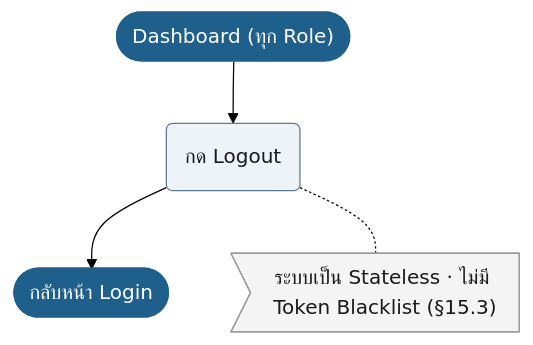
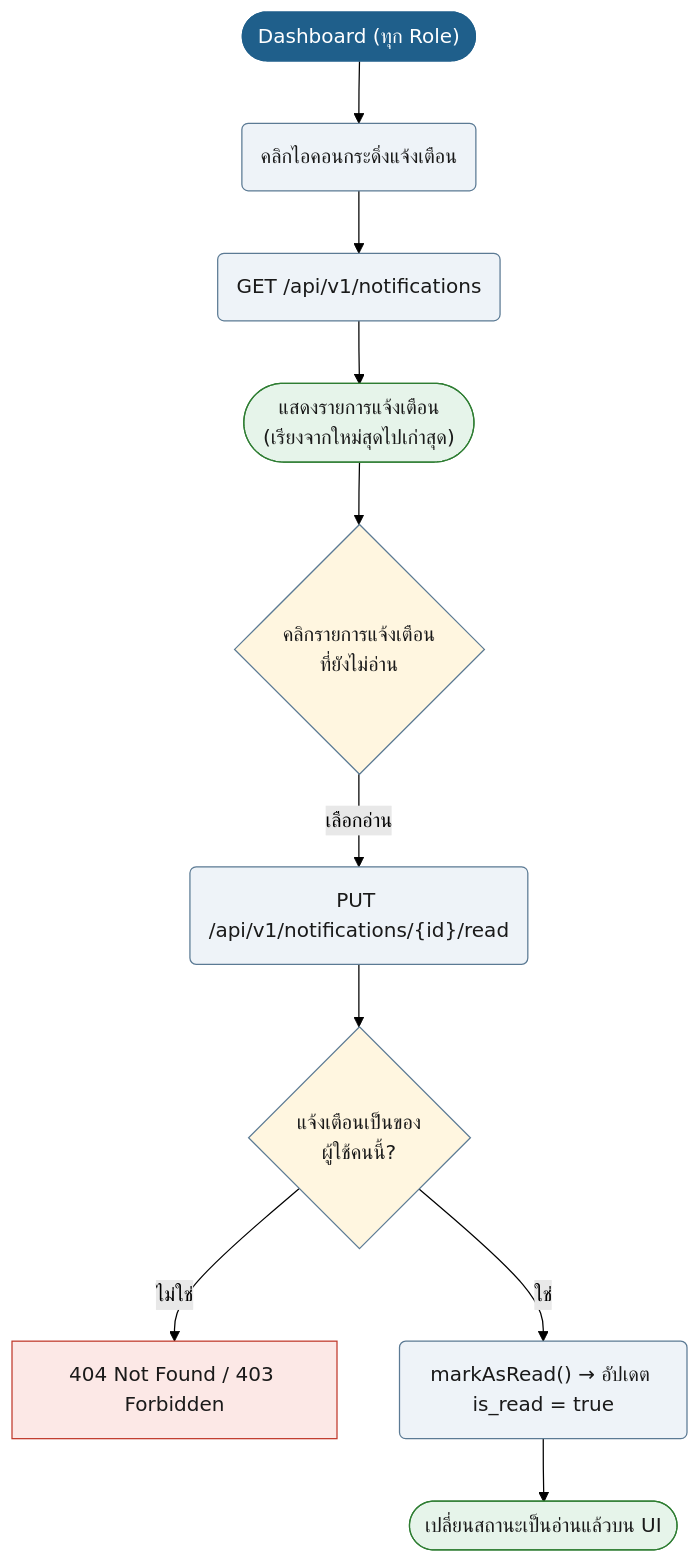
Before and after one commit to synthesixer/AcadOS: the second of 19 diagrams in doc/diagram/Userflow_diagram.md, drawn with Mermaid (forest theme). The commit also changed other lines of this file and 8 other files, not shown here.

````diff
--- a/doc/diagram/Userflow_diagram.md
+++ b/doc/diagram/Userflow_diagram.md
@@ -152,16 +108,27 @@
 ```mermaid
 flowchart TD
     n1(["Dashboard (ทุก Role)"]):::start
-    n2("กด Logout"):::act
-    n3(["กลับหน้า Login"]):::start
-    n1 --> n2
-    n2 --> n3
-    n4>"ระบบเป็น Stateless · ไม่มี Token Blacklist (§15.3)"]:::note
-    n2 -.- n4
+    n2("คลิกไอคอนกระดิ่งแจ้งเตือน"):::act
+    n3("GET /api/v1/notifications"):::act
+    n1 --> n2 --> n3
+    n4(["แสดงรายการแจ้งเตือน<br/>(เรียงจากใหม่สุดไปเก่าสุด)"]):::ok
+    n3 --> n4
+    n5{"คลิกรายการแจ้งเตือน<br/>ที่ยังไม่อ่าน"}:::dec
+    n4 --> n5
+    n6("PUT /api/v1/notifications/{id}/read"):::act
+    n5 -->|เลือกอ่าน| n6
+    n7{"แจ้งเตือนเป็นของ<br/>ผู้ใช้คนนี้?"}:::dec
+    n6 --> n7
+    n8["404 Not Found / 403 Forbidden"]:::bad
+    n7 -->|ไม่ใช่| n8
+    n9("markAsRead() → อัปเดต is_read = true"):::act
+    n7 -->|ใช่| n9
+    n10(["เปลี่ยนสถานะเป็นอ่านแล้วบน UI"]):::ok
+    n9 --> n10
+
     classDef start fill:#1F5F8B,stroke:#1F5F8B,color:#fff
     classDef act fill:#EEF3F8,stroke:#5B7A94,color:#1a1a1a
     classDef dec fill:#FFF6E0,stroke:#5B7A94,color:#1a1a1a
     classDef bad fill:#FCE8E6,stroke:#C0392B,color:#1a1a1a
     classDef ok fill:#E6F4EA,stroke:#2E7D32,color:#1a1a1a
-    classDef note fill:#F4F4F4,stroke:#999,color:#1a1a1a
 ```
````
